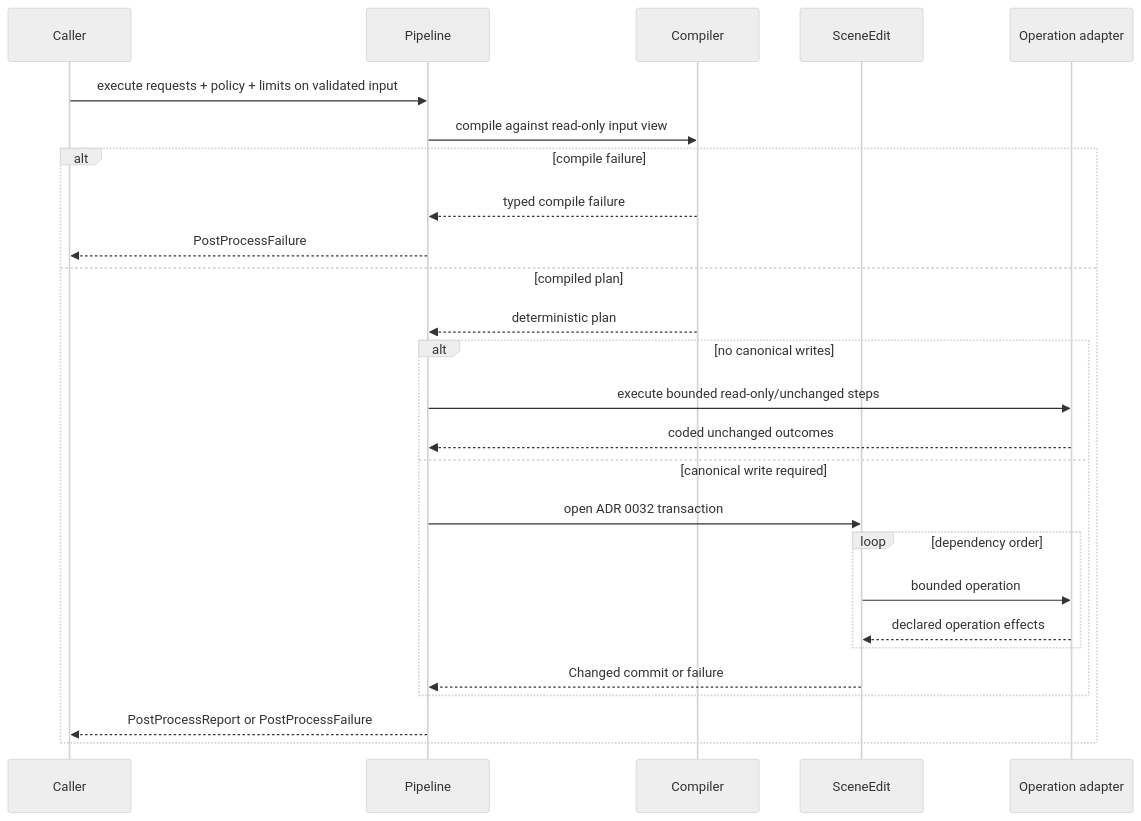
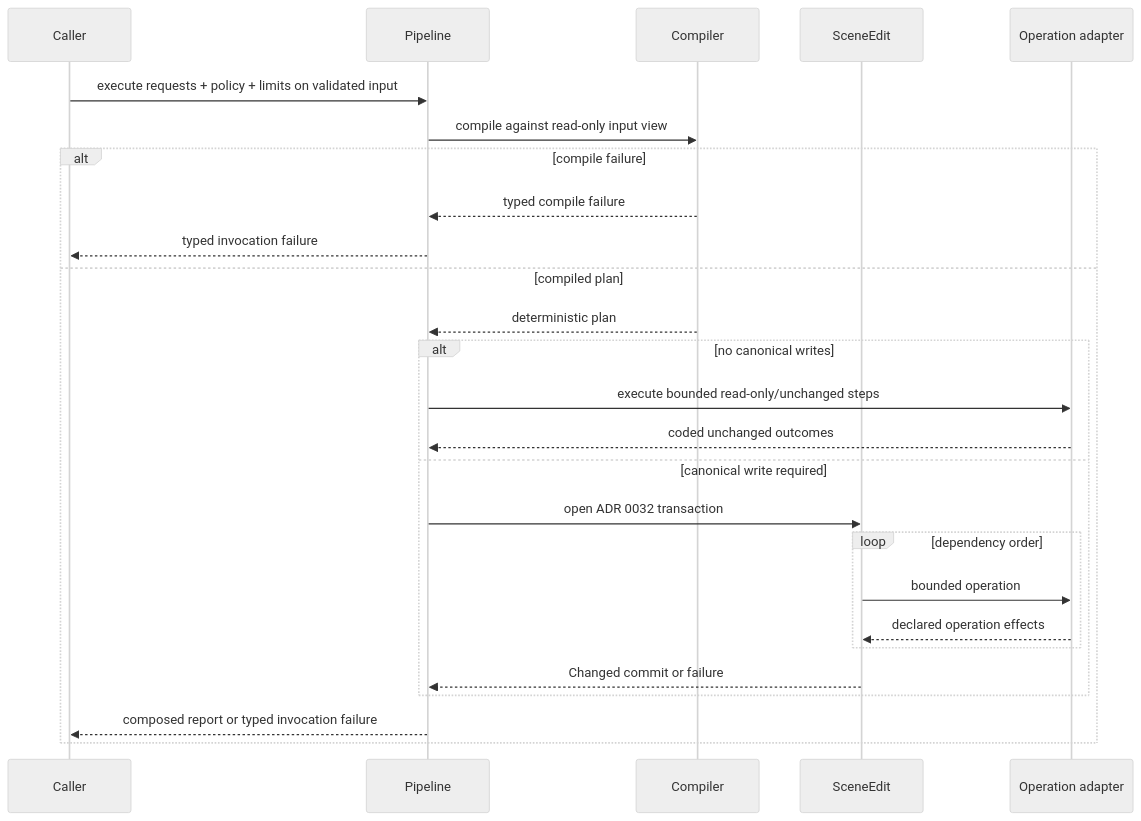
Before and after one commit to Latias94/baozi: the second of 2 diagrams in docs/adr/0013-post-process-pipeline-semantics-presets-and-mutation-model.md, drawn with Mermaid (neutral theme). The commit also changed other lines of this file and 86 other files, not shown here.

````diff
--- a/docs/adr/0013-post-process-pipeline-semantics-presets-and-mutation-model.md
+++ b/docs/adr/0013-post-process-pipeline-semantics-presets-and-mutation-model.md
@@ -165,29 +191,29 @@
 ```mermaid
 sequenceDiagram
     participant Caller
     participant Pipeline
     participant Compiler
     participant Edit as SceneEdit
     participant Step as Operation adapter
 
     Caller->>Pipeline: execute requests + policy + limits on validated input
     Pipeline->>Compiler: compile against read-only input view
     alt compile failure
         Compiler-->>Pipeline: typed compile failure
-        Pipeline-->>Caller: PostProcessFailure
+        Pipeline-->>Caller: typed invocation failure
     else compiled plan
         Compiler-->>Pipeline: deterministic plan
         alt no canonical writes
             Pipeline->>Step: execute bounded read-only/unchanged steps
             Step-->>Pipeline: coded unchanged outcomes
         else canonical write required
             Pipeline->>Edit: open ADR 0032 transaction
             loop dependency order
                 Edit->>Step: bounded operation
                 Step-->>Edit: declared operation effects
             end
             Edit-->>Pipeline: Changed commit or failure
         end
-        Pipeline-->>Caller: PostProcessReport or PostProcessFailure
+        Pipeline-->>Caller: composed report or typed invocation failure
     end
 ```
````
